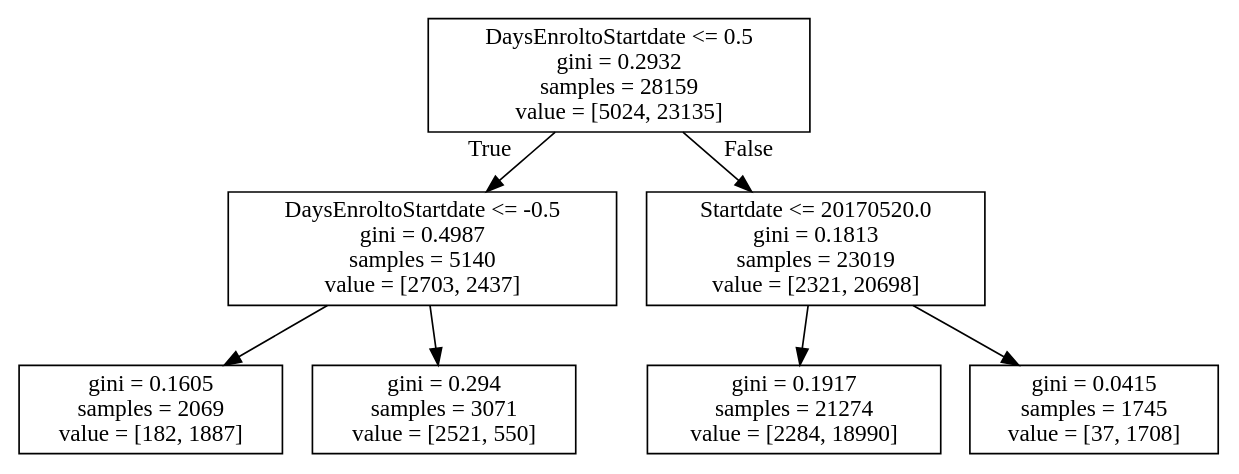
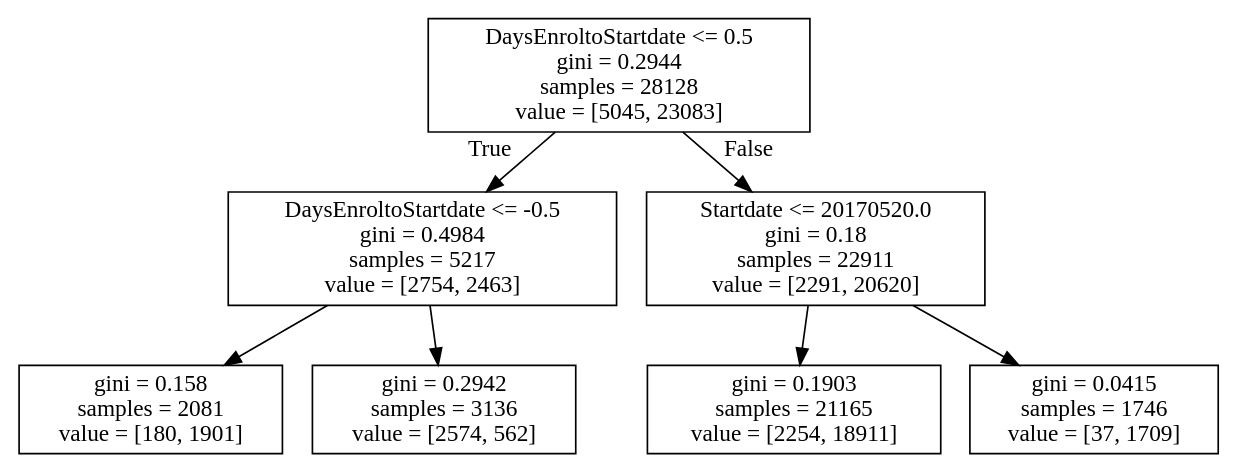
The diagram in decisiontree.dot (mikaelasquirchuk/dat8syd-project), drawn with Graphviz before and after one commit. The commit also changed 2 other files, not shown here.

```diff
--- a/decisiontree.dot
+++ b/decisiontree.dot
@@ -1,16 +1,16 @@
 digraph Tree {
 node [shape=box] ;
-0 [label="DaysEnroltoStartdate <= 0.5\ngini = 0.2932\nsamples = 28159\nvalue = [5024, 23135]"] ;
-1 [label="DaysEnroltoStartdate <= -0.5\ngini = 0.4987\nsamples = 5140\nvalue = [2703, 2437]"] ;
+0 [label="DaysEnroltoStartdate <= 0.5\ngini = 0.2944\nsamples = 28128\nvalue = [5045, 23083]"] ;
+1 [label="DaysEnroltoStartdate <= -0.5\ngini = 0.4984\nsamples = 5217\nvalue = [2754, 2463]"] ;
 0 -> 1 [labeldistance=2.5, labelangle=45, headlabel="True"] ;
-2 [label="gini = 0.1605\nsamples = 2069\nvalue = [182, 1887]"] ;
+2 [label="gini = 0.158\nsamples = 2081\nvalue = [180, 1901]"] ;
 1 -> 2 ;
-3 [label="gini = 0.294\nsamples = 3071\nvalue = [2521, 550]"] ;
+3 [label="gini = 0.2942\nsamples = 3136\nvalue = [2574, 562]"] ;
 1 -> 3 ;
-4 [label="Startdate <= 20170520.0\ngini = 0.1813\nsamples = 23019\nvalue = [2321, 20698]"] ;
+4 [label="Startdate <= 20170520.0\ngini = 0.18\nsamples = 22911\nvalue = [2291, 20620]"] ;
 0 -> 4 [labeldistance=2.5, labelangle=-45, headlabel="False"] ;
-5 [label="gini = 0.1917\nsamples = 21274\nvalue = [2284, 18990]"] ;
+5 [label="gini = 0.1903\nsamples = 21165\nvalue = [2254, 18911]"] ;
 4 -> 5 ;
-6 [label="gini = 0.0415\nsamples = 1745\nvalue = [37, 1708]"] ;
+6 [label="gini = 0.0415\nsamples = 1746\nvalue = [37, 1709]"] ;
 4 -> 6 ;
 }
```
